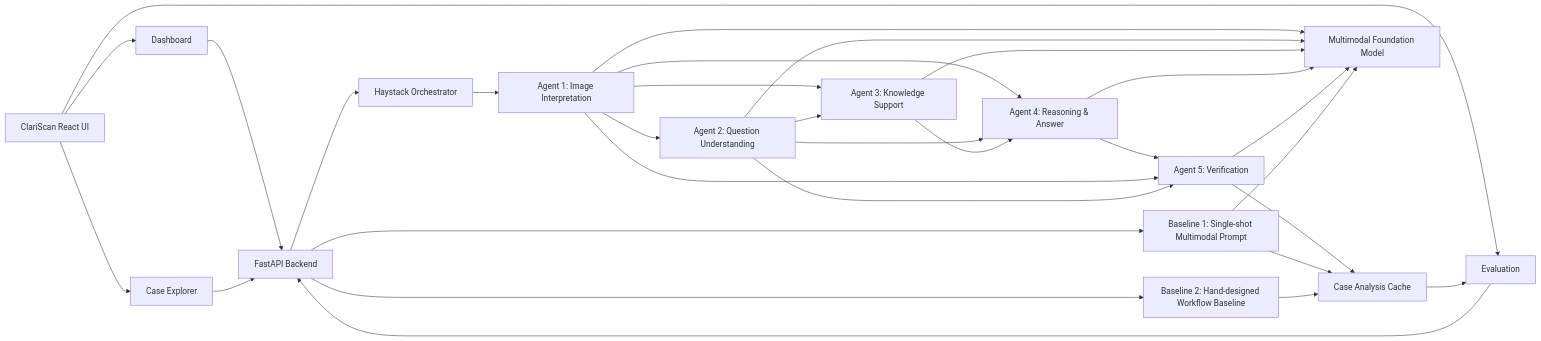
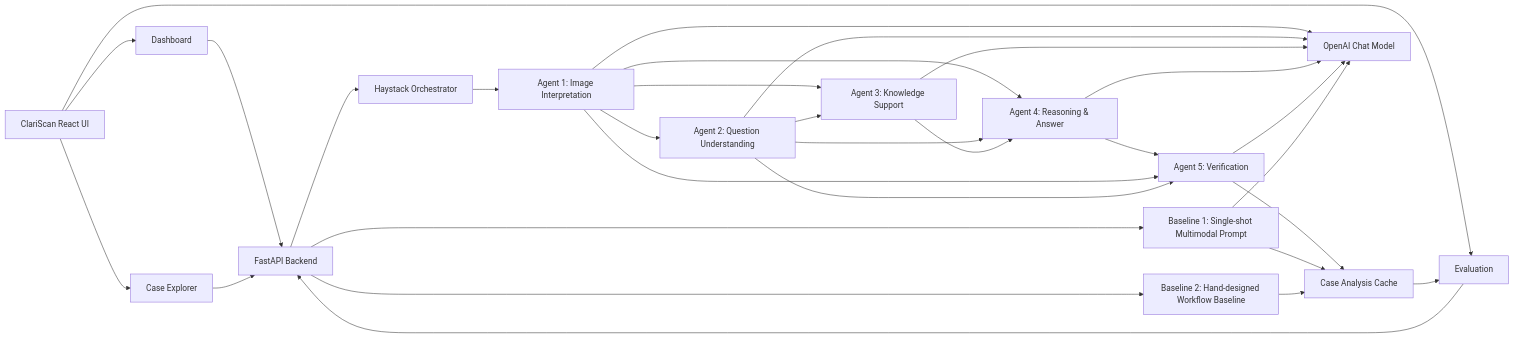
The diagram in README.md (clarence-ck/med-vqa-rad-agentic), drawn with Mermaid before and after one commit. The commit also changed other lines of this file and 6 other files, not shown here.

Commit message:
feat: Replace LLaVA image interpreter with OpenAI vision model and add single-pass retry logic to agentic pipeline

````diff
--- a/README.md
+++ b/README.md
@@ -56,43 +56,43 @@
 ```mermaid
 flowchart LR
     UI[ClariScan React UI]
     DASH[Dashboard]
     EXP[Case Explorer]
     EVAL[Evaluation]
 
     UI --> DASH
     UI --> EXP
     UI --> EVAL
 
     DASH --> API[FastAPI Backend]
     EXP --> API
     EVAL --> API
 
     API --> ORCH[Haystack Orchestrator]
 
     ORCH --> A1[Agent 1: Image Interpretation]
     A1 --> A2[Agent 2: Question Understanding]
     A1 --> A3[Agent 3: Knowledge Support]
     A2 --> A3
     A1 --> A4[Agent 4: Reasoning & Answer]
     A2 --> A4
     A3 --> A4
     A4 --> A5[Agent 5: Verification]
     A1 --> A5
     A2 --> A5
 
     API --> B1[Baseline 1: Single-shot Multimodal Prompt]
     API --> B2[Baseline 2: Hand-designed Workflow Baseline]
 
     A5 --> CACHE[Case Analysis Cache]
     B1 --> CACHE
     B2 --> CACHE
     CACHE --> EVAL
 
-    A1 --> OPENAI[Multimodal Foundation Model]
-    A2 --> OPENAI
-    A3 --> OPENAI
-    A4 --> OPENAI
-    A5 --> OPENAI
-    B1 --> OPENAI
+    A1 --> OPENAI_TEXT[OpenAI Chat Model]
+    A2 --> OPENAI_TEXT[OpenAI Chat Model]
+    A3 --> OPENAI_TEXT
+    A4 --> OPENAI_TEXT
+    A5 --> OPENAI_TEXT
+    B1 --> OPENAI_TEXT
 ```
````
